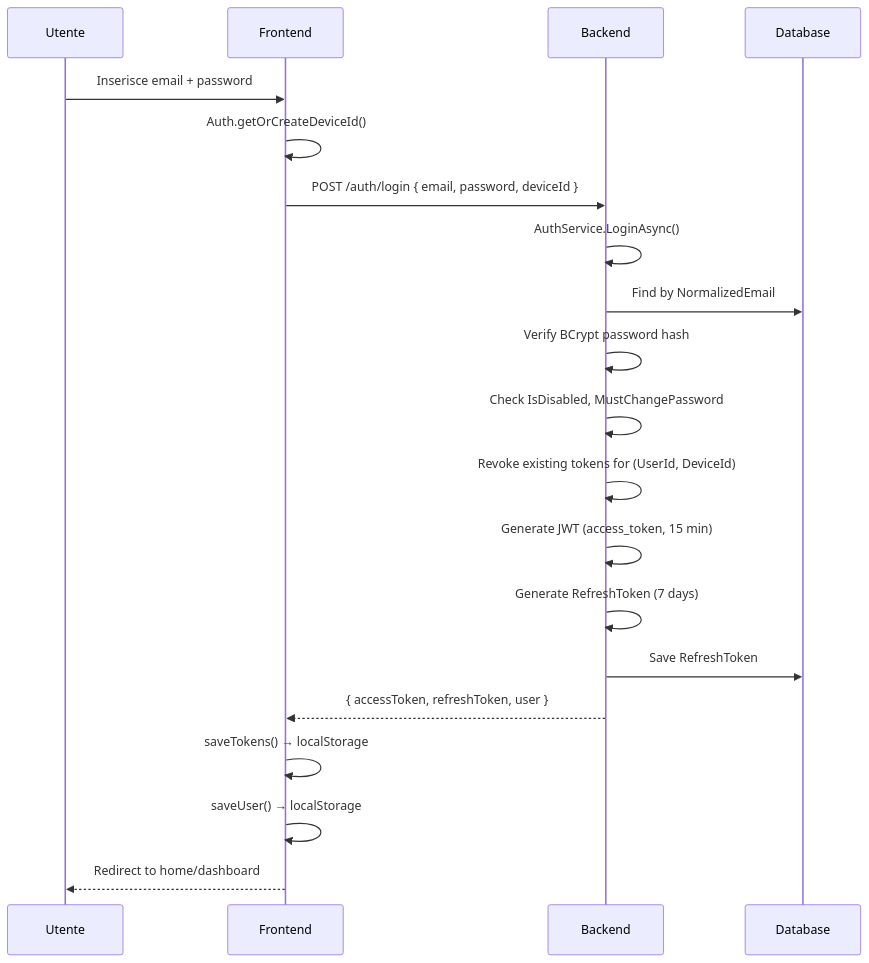
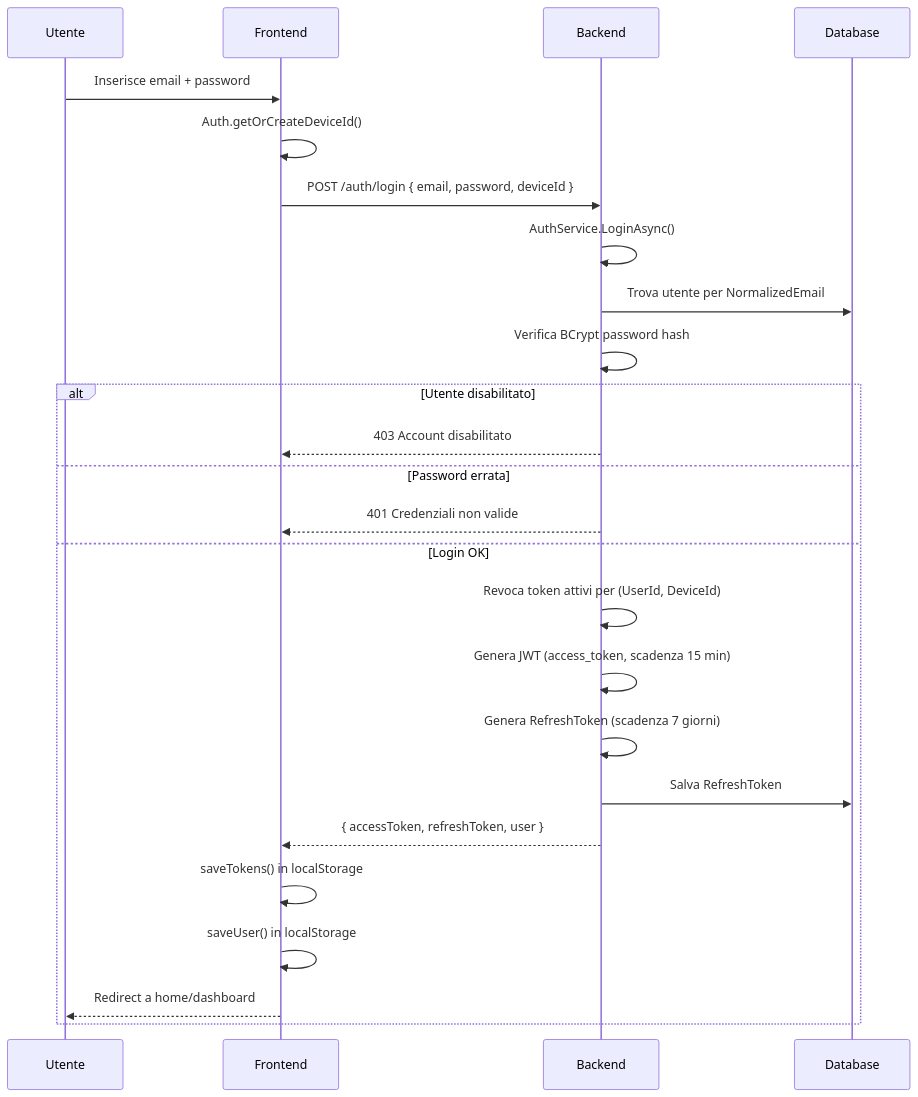
Before and after one commit to RizzoThomas/esercizioopencodefilm: the second of 3 diagrams in film-app-dev_iteration_4/presentazione/03-autenticazione.md, drawn with Mermaid. The commit also changed other lines of this file and 10 other files, not shown here.

Commit message:
docs: enhance presentazione with tables, pie charts, and detailed workflows

````diff
--- a/film-app-dev_iteration_4/presentazione/03-autenticazione.md
+++ b/film-app-dev_iteration_4/presentazione/03-autenticazione.md
@@ -42,23 +73,29 @@
 ```mermaid
 sequenceDiagram
     participant U as Utente
     participant F as Frontend
     participant B as Backend
     participant DB as Database
 
     U->>F: Inserisce email + password
     F->>F: Auth.getOrCreateDeviceId()
     F->>B: POST /auth/login { email, password, deviceId }
     B->>B: AuthService.LoginAsync()
-    B->>DB: Find by NormalizedEmail
-    B->>B: Verify BCrypt password hash
-    B->>B: Check IsDisabled, MustChangePassword
-    B->>B: Revoke existing tokens for (UserId, DeviceId)
-    B->>B: Generate JWT (access_token, 15 min)
-    B->>B: Generate RefreshToken (7 days)
-    B->>DB: Save RefreshToken
-    B-->>F: { accessToken, refreshToken, user }
-    F->>F: saveTokens() → localStorage
-    F->>F: saveUser() → localStorage
-    F-->>U: Redirect to home/dashboard
+    B->>DB: Trova utente per NormalizedEmail
+    B->>B: Verifica BCrypt password hash
+    
+    Alt Utente disabilitato
+        B-->>F: 403 Account disabilitato
+    Else Password errata
+        B-->>F: 401 Credenziali non valide
+    Else Login OK
+        B->>B: Revoca token attivi per (UserId, DeviceId)
+        B->>B: Genera JWT (access_token, scadenza 15 min)
+        B->>B: Genera RefreshToken (scadenza 7 giorni)
+        B->>DB: Salva RefreshToken
+        B-->>F: { accessToken, refreshToken, user }
+        F->>F: saveTokens() in localStorage
+        F->>F: saveUser() in localStorage
+        F-->>U: Redirect a home/dashboard
+    End
 ```
````
